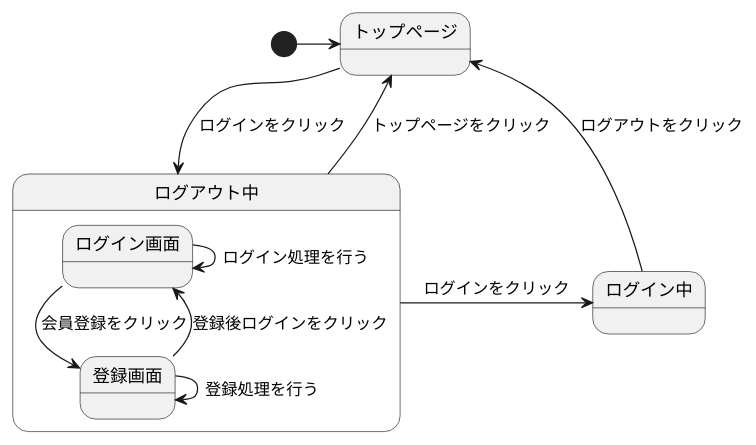
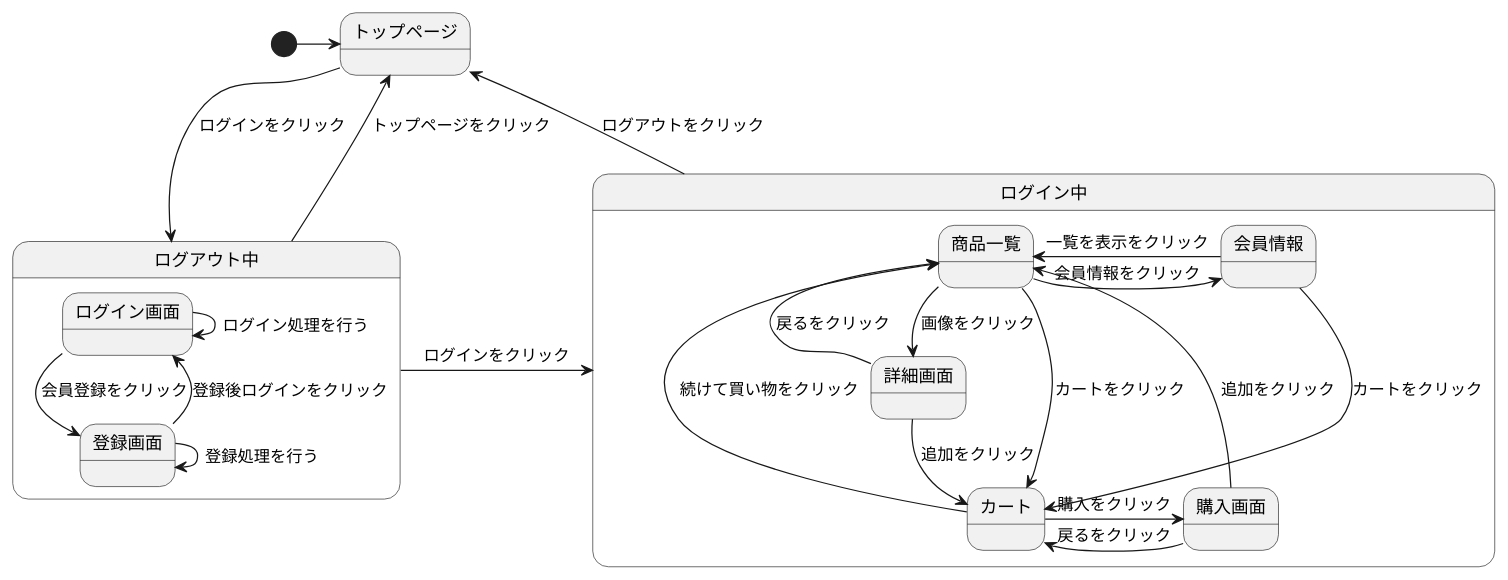
Before and after one commit to Aso2001409/2021sys-design: the diagram in gamen2.md, drawn with PlantUML.

````diff
--- a/gamen2.md
+++ b/gamen2.md
@@ -1,18 +1,28 @@
 ```uml
 @startuml
 [*]->トップページ
 トップページ-->ログアウト中 :ログインをクリック
 ログアウト中->トップページ :トップページをクリック
 ログイン中->トップページ : ログアウトをクリック
 state ログアウト中{
   ログイン画面-->登録画面 :会員登録をクリック
   ログイン画面->ログイン画面 :ログイン処理を行う
   登録画面->登録画面 :登録処理を行う
   登録画面--> ログイン画面 :登録後ログインをクリック
 }
 ログアウト中->ログイン中 :ログインをクリック
 state ログイン中{
-  
+  商品一覧-->詳細画面 :画像をクリック
+  商品一覧--->カート :カートをクリック
+  商品一覧->会員情報 :会員情報をクリック
+  詳細画面->商品一覧 :戻るをクリック
+  詳細画面->カート :追加をクリック
+  カート->商品一覧 :続けて買い物をクリック
+  カート->購入画面 :購入をクリック
+  購入画面->カート :戻るをクリック
+  購入画面->商品一覧 :追加をクリック
+  会員情報->商品一覧 :一覧を表示をクリック
+  会員情報->カート :カートをクリック
   }
 @enduml
 ```
````
